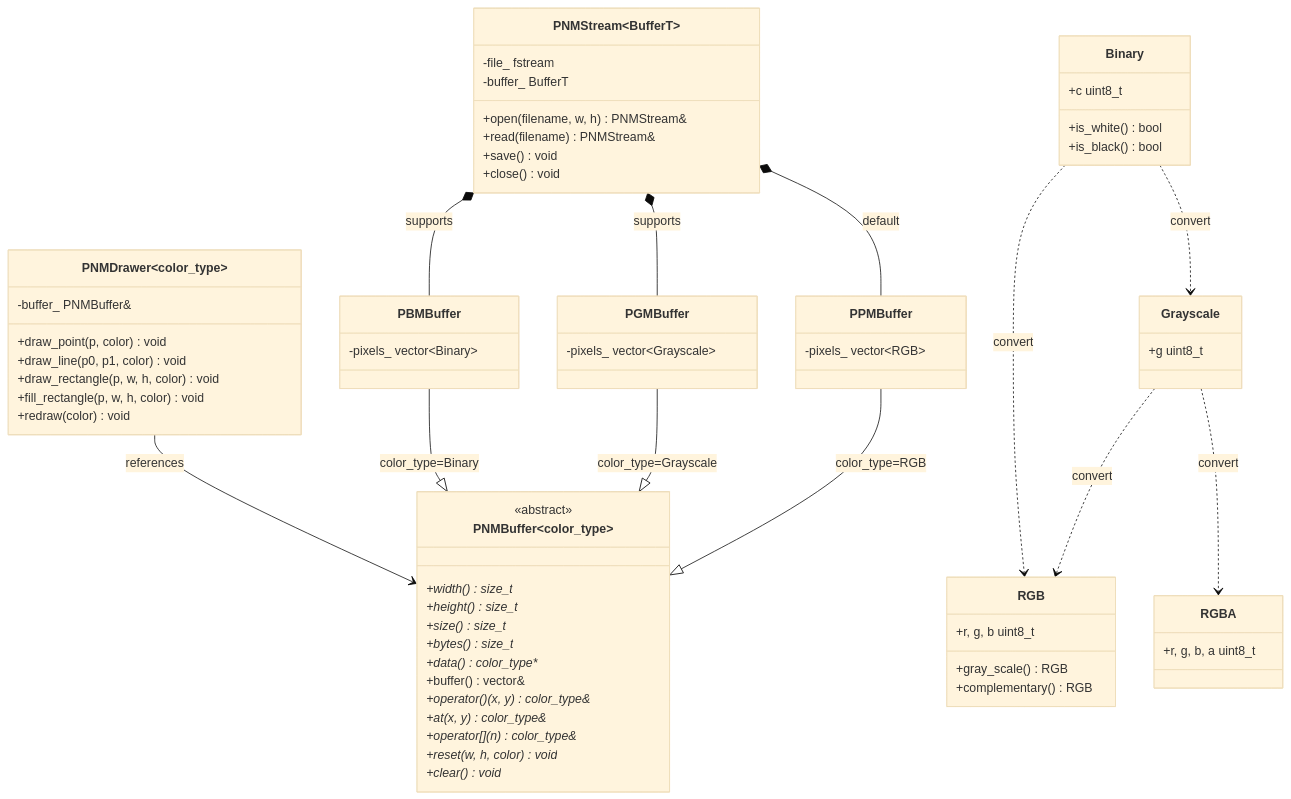
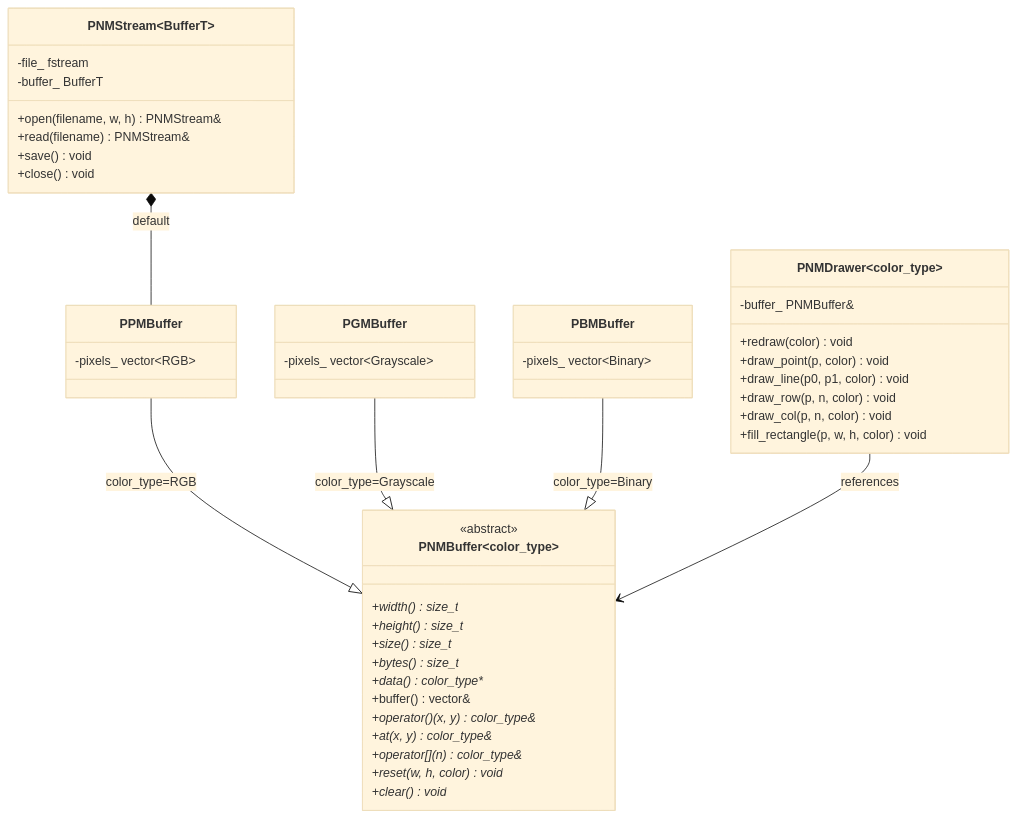
One commit to iLogIng/PPMStreamer changed the first of 2 diagrams in README.md. Above: the diagram before and after it, drawn with Mermaid (base theme). The commit also changed other lines of this file and 6 other files, not shown here.

````diff
--- a/README.md
+++ b/README.md
@@ -46,76 +67,54 @@
 ```mermaid
 classDiagram
     direction TB
 
     class PNMBuffer~color_type~ {
         <<abstract>>
         +width() size_t*
         +height() size_t*
         +size() size_t*
         +bytes() size_t*
         +data() color_type**
         +buffer() vector&
         +operator()(x, y) color_type&*
         +at(x, y) color_type&*
         +operator[](n) color_type&*
         +reset(w, h, color) void*
         +clear() void*
     }
 
     class PPMBuffer {
         -pixels_ vector~RGB~
     }
     class PGMBuffer {
         -pixels_ vector~Grayscale~
     }
     class PBMBuffer {
         -pixels_ vector~Binary~
     }
 
     class PNMStream~BufferT~ {
         -file_ fstream
         -buffer_ BufferT
         +open(filename, w, h) PNMStream&
         +read(filename) PNMStream&
         +save() void
         +close() void
     }
 
     class PNMDrawer~color_type~ {
         -buffer_ PNMBuffer&
+        +redraw(color) void
         +draw_point(p, color) void
         +draw_line(p0, p1, color) void
-        +draw_rectangle(p, w, h, color) void
+        +draw_row(p, n, color) void
+        +draw_col(p, n, color) void
         +fill_rectangle(p, w, h, color) void
-        +redraw(color) void
-    }
-
-    class RGB {
-        +r, g, b uint8_t
-        +gray_scale() RGB
-        +complementary() RGB
-    }
-    class RGBA {
-        +r, g, b, a uint8_t
-    }
-    class Grayscale {
-        +g uint8_t
-    }
-    class Binary {
-        +c uint8_t
-        +is_white() bool
-        +is_black() bool
     }
 
     PPMBuffer --|> PNMBuffer~RGB~ : color_type=RGB
     PGMBuffer --|> PNMBuffer~Grayscale~ : color_type=Grayscale
     PBMBuffer --|> PNMBuffer~Binary~ : color_type=Binary
     PNMStream *-- PPMBuffer : default
-    PNMStream *-- PGMBuffer : supports
-    PNMStream *-- PBMBuffer : supports
     PNMDrawer --> PNMBuffer : references
-    Grayscale ..> RGB : convert
-    Grayscale ..> RGBA : convert
-    Binary ..> Grayscale : convert
-    Binary ..> RGB : convert
 ```
````
